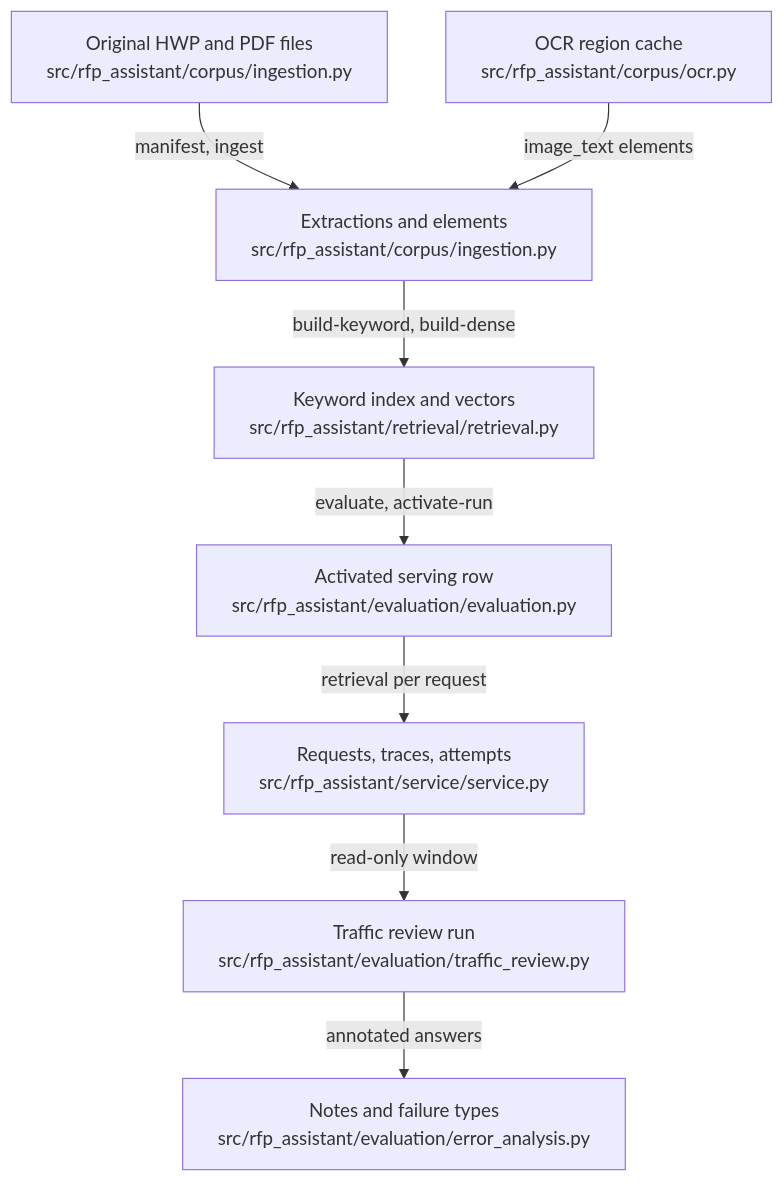
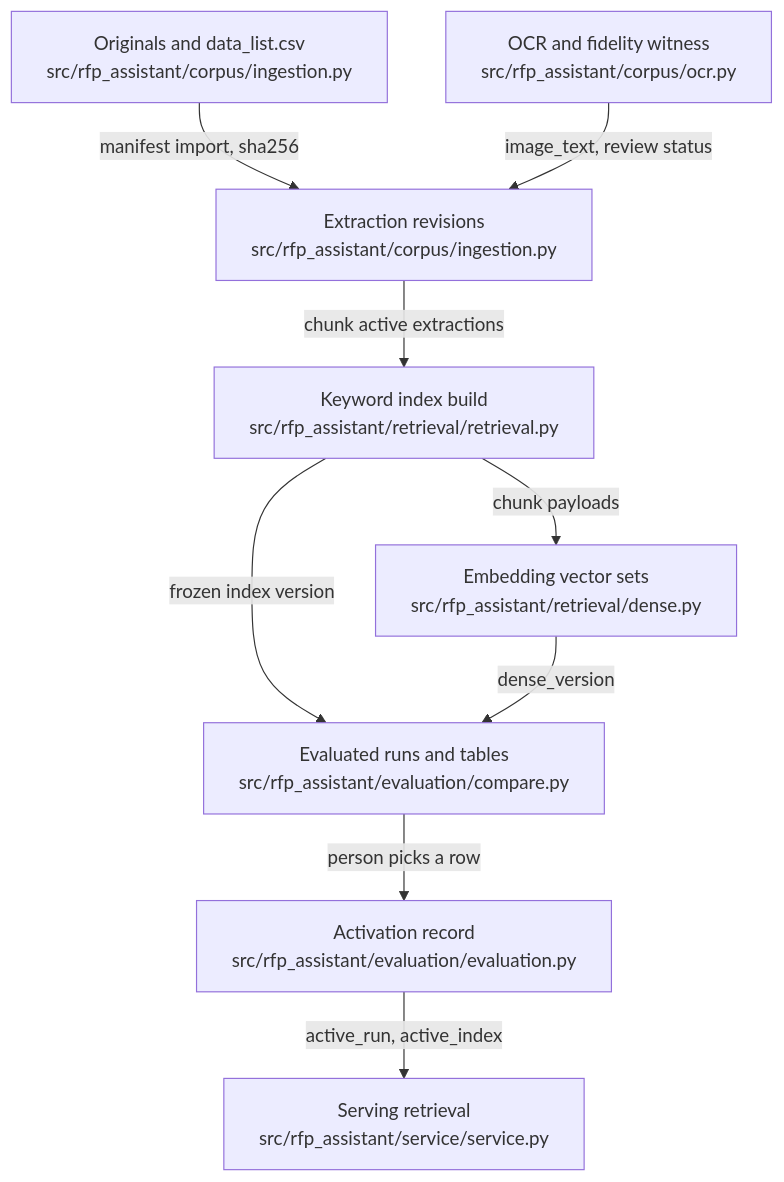
One commit to littleeeeebit/project-codeit-mid changed the diagram in .omm/data-flow/diagram.mmd. Above: the diagram before and after it, drawn with Mermaid. The commit also changed 404 other files, not shown here.

```diff
--- a/.omm/data-flow/diagram.mmd
+++ b/.omm/data-flow/diagram.mmd
@@ -1,16 +1,9 @@
 graph TD
-  originals["Original HWP and PDF files\nsrc/rfp_assistant/corpus/ingestion.py"]
-  ocr-cache["OCR region cache\nsrc/rfp_assistant/corpus/ocr.py"]
-  extractions["Extractions and elements\nsrc/rfp_assistant/corpus/ingestion.py"]
-  indexes["Keyword index and vectors\nsrc/rfp_assistant/retrieval/retrieval.py"]
-  serving["Activated serving row\nsrc/rfp_assistant/evaluation/evaluation.py"]
-  requests-store["Requests, traces, attempts\nsrc/rfp_assistant/service/service.py"]
-  traffic-review["Traffic review run\nsrc/rfp_assistant/evaluation/traffic_review.py"]
-  failure-notes["Notes and failure types\nsrc/rfp_assistant/evaluation/error_analysis.py"]
-  originals -->|manifest, ingest| extractions
-  ocr-cache -->|image_text elements| extractions
-  extractions -->|build-keyword, build-dense| indexes
-  indexes -->|evaluate, activate-run| serving
-  serving -->|retrieval per request| requests-store
-  requests-store -->|read-only window| traffic-review
-  traffic-review -->|annotated answers| failure-notes
+  source-originals["Originals and data_list.csv\nsrc/rfp_assistant/corpus/ingestion.py"] -->|"manifest import, sha256"| extraction-revisions["Extraction revisions\nsrc/rfp_assistant/corpus/ingestion.py"]
+  fidelity-ocr["OCR and fidelity witness\nsrc/rfp_assistant/corpus/ocr.py"] -->|"image_text, review status"| extraction-revisions
+  extraction-revisions -->|"chunk active extractions"| keyword-index-build["Keyword index build\nsrc/rfp_assistant/retrieval/retrieval.py"]
+  keyword-index-build -->|"chunk payloads"| vector-sets["Embedding vector sets\nsrc/rfp_assistant/retrieval/dense.py"]
+  keyword-index-build -->|"frozen index version"| evaluation-runs["Evaluated runs and tables\nsrc/rfp_assistant/evaluation/compare.py"]
+  vector-sets -->|"dense_version"| evaluation-runs
+  evaluation-runs -->|"person picks a row"| activation-record["Activation record\nsrc/rfp_assistant/evaluation/evaluation.py"]
+  activation-record -->|"active_run, active_index"| serving-retrieval["Serving retrieval\nsrc/rfp_assistant/service/service.py"]
```
